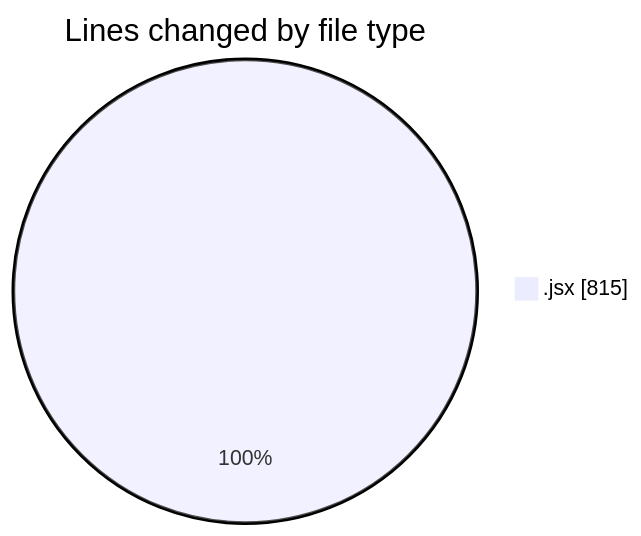
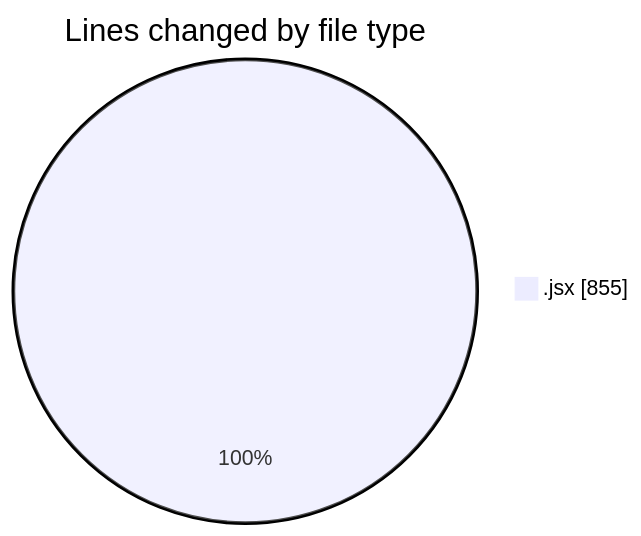
Before and after one commit to nxtqubesakshisongat/code-tracking: the first of 2 diagrams in 2025-12-08/nxtqube_webapp/README.md, drawn with Mermaid. The commit also changed other lines of this file and 1 other file, not shown here.

````diff
--- a/2025-12-08/nxtqube_webapp/README.md
+++ b/2025-12-08/nxtqube_webapp/README.md
@@ -22,5 +22,5 @@
 ```mermaid
 pie showData
 title Lines changed by file type
-".jsx" : 815
+".jsx" : 855
 ```
````
